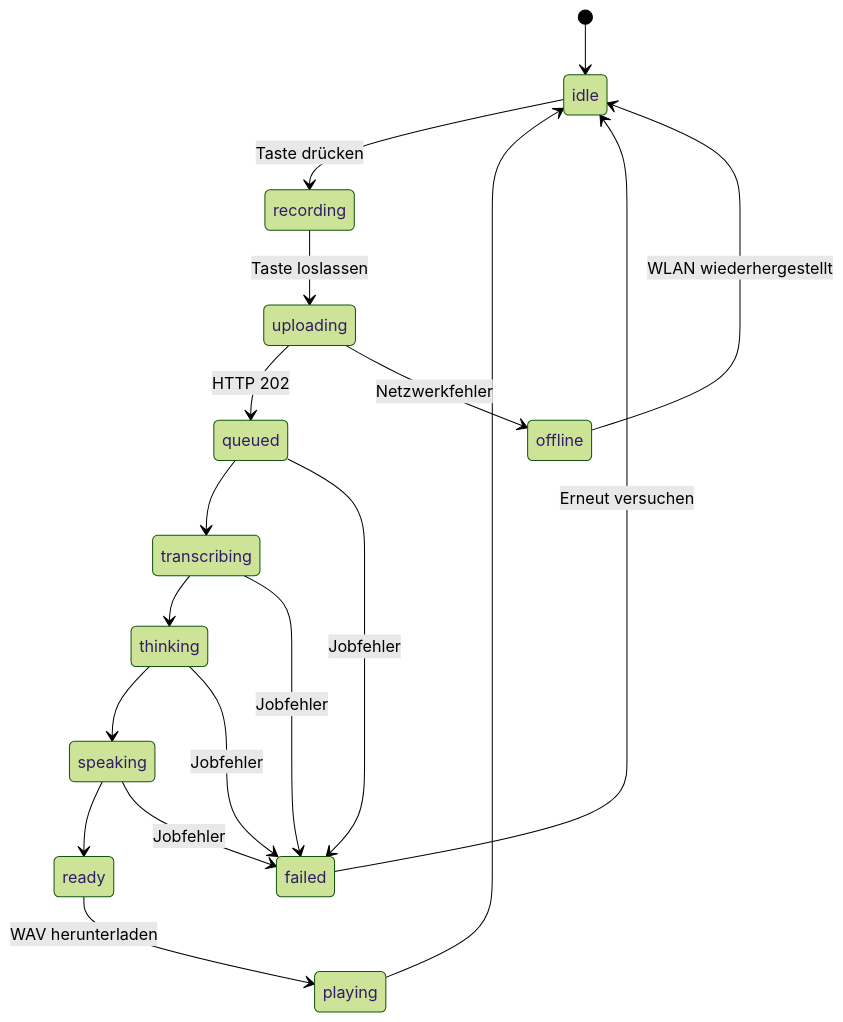
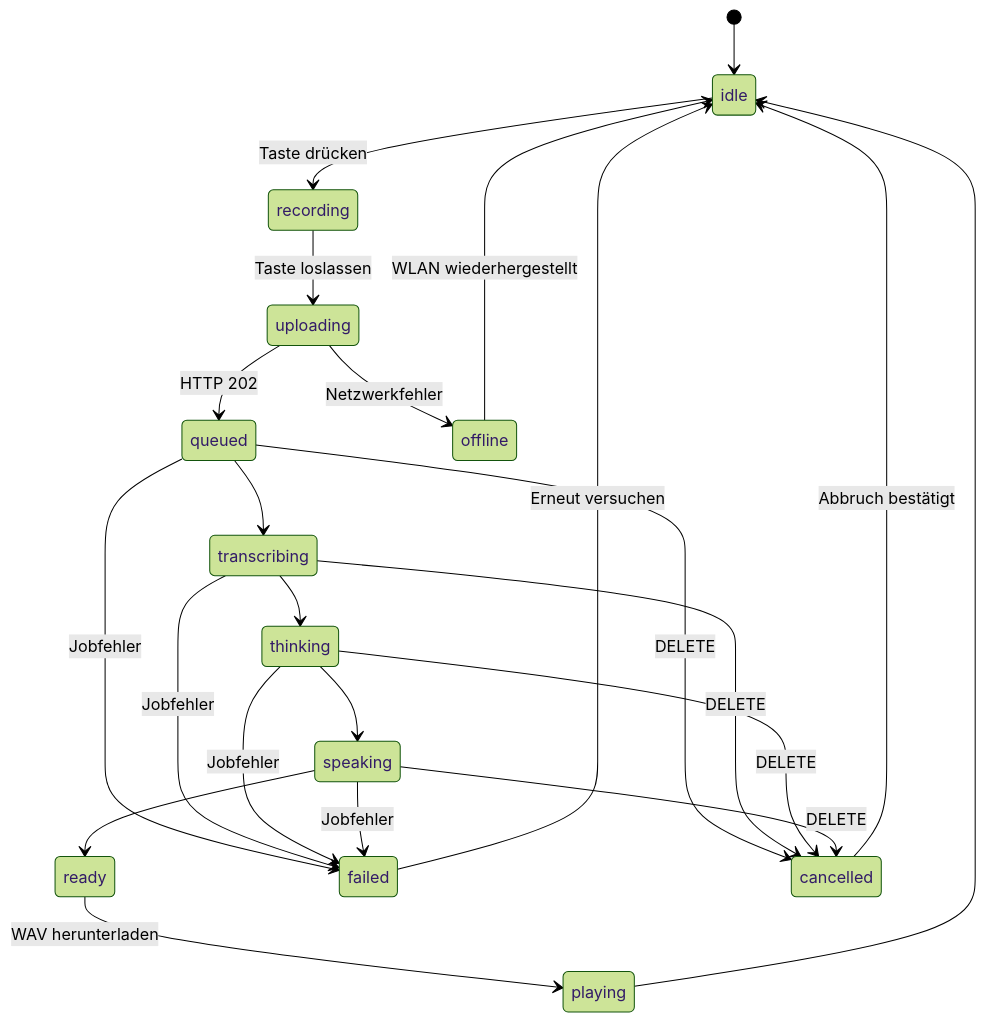
One commit to tyvda/ScriptBase changed the first of 2 diagrams in waveshare-companion/API_CONTRACT.md. Above: the diagram before and after it, drawn with Mermaid (forest theme). The commit also changed other lines of this file and 9 other files, not shown here.

````diff
--- a/waveshare-companion/API_CONTRACT.md
+++ b/waveshare-companion/API_CONTRACT.md
@@ -153,20 +164,25 @@
 ```mermaid
 stateDiagram-v2
     [*] --> idle
     idle --> recording: Taste drücken
     recording --> uploading: Taste loslassen
     uploading --> queued: HTTP 202
     queued --> transcribing
     transcribing --> thinking
     thinking --> speaking
     speaking --> ready
     ready --> playing: WAV herunterladen
     playing --> idle
     uploading --> offline: Netzwerkfehler
     queued --> failed: Jobfehler
     transcribing --> failed: Jobfehler
     thinking --> failed: Jobfehler
     speaking --> failed: Jobfehler
+    queued --> cancelled: DELETE
+    transcribing --> cancelled: DELETE
+    thinking --> cancelled: DELETE
+    speaking --> cancelled: DELETE
     failed --> idle: Erneut versuchen
+    cancelled --> idle: Abbruch bestätigt
     offline --> idle: WLAN wiederhergestellt
 ```
````
